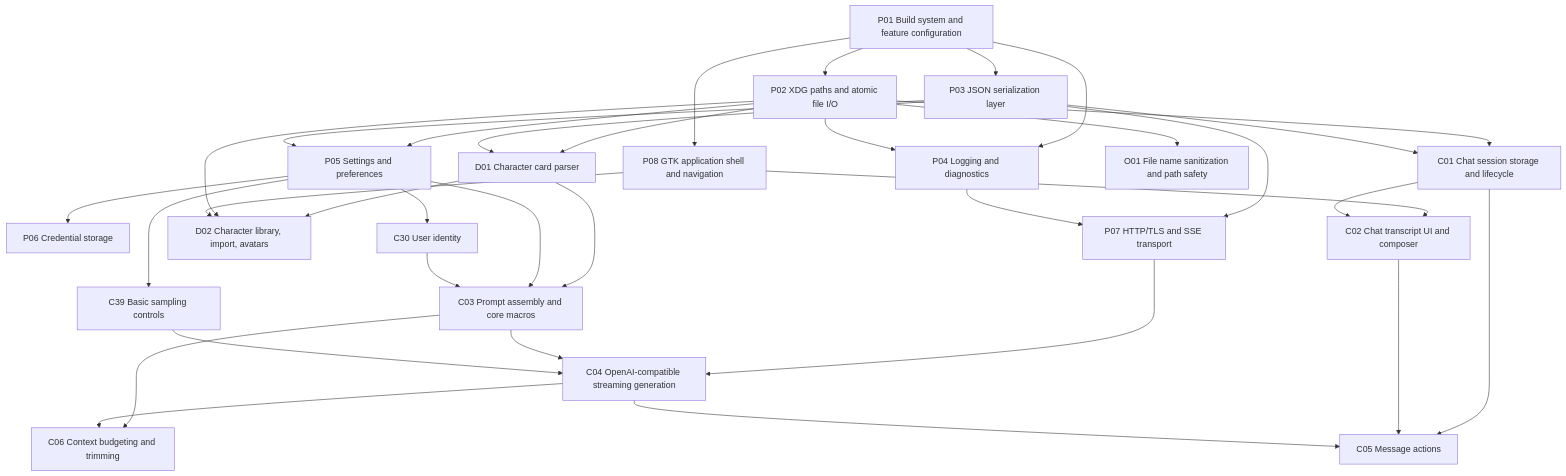
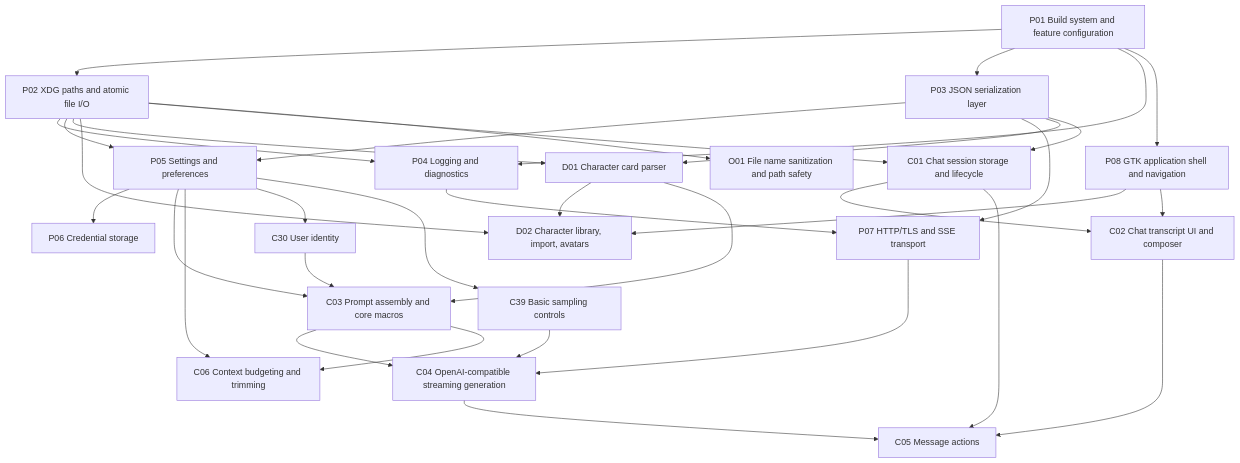
Before and after one commit to l0ophole/sillytavern-native: the diagram in docs/FEATURES.md, drawn with Mermaid. The commit also changed other lines of this file and 5 other files, not shown here.

````diff
--- a/docs/FEATURES.md
+++ b/docs/FEATURES.md
@@ -28,55 +28,55 @@
 ```mermaid
 graph TD
     P01["P01 Build system and feature configuration"]
     P02["P02 XDG paths and atomic file I/O"]
     P03["P03 JSON serialization layer"]
     P04["P04 Logging and diagnostics"]
     P05["P05 Settings and preferences"]
     P06["P06 Credential storage"]
     P07["P07 HTTP/TLS and SSE transport"]
     P08["P08 GTK application shell and navigation"]
     D01["D01 Character card parser"]
     D02["D02 Character library, import, avatars"]
     C01["C01 Chat session storage and lifecycle"]
     C02["C02 Chat transcript UI and composer"]
     C03["C03 Prompt assembly and core macros"]
     C04["C04 OpenAI-compatible streaming generation"]
     C05["C05 Message actions"]
     C06["C06 Context budgeting and trimming"]
     C30["C30 User identity"]
     C39["C39 Basic sampling controls"]
     O01["O01 File name sanitization and path safety"]
     P01 --> P02
     P01 --> P03
     P01 --> P04
     P02 --> P04
     P02 --> P05
     P03 --> P05
     P05 --> P06
     P03 --> P07
     P04 --> P07
     P01 --> P08
     P02 --> D01
     P03 --> D01
     D01 --> D02
     P02 --> D02
     P08 --> D02
     P02 --> C01
     P03 --> C01
     P08 --> C02
     C01 --> C02
     D01 --> C03
     P05 --> C03
     C30 --> C03
     P07 --> C04
     C03 --> C04
     C39 --> C04
     C01 --> C05
     C02 --> C05
     C04 --> C05
     C03 --> C06
-    C04 --> C06
+    P05 --> C06
     P05 --> C30
     P05 --> C39
     P02 --> O01
 ```
````
